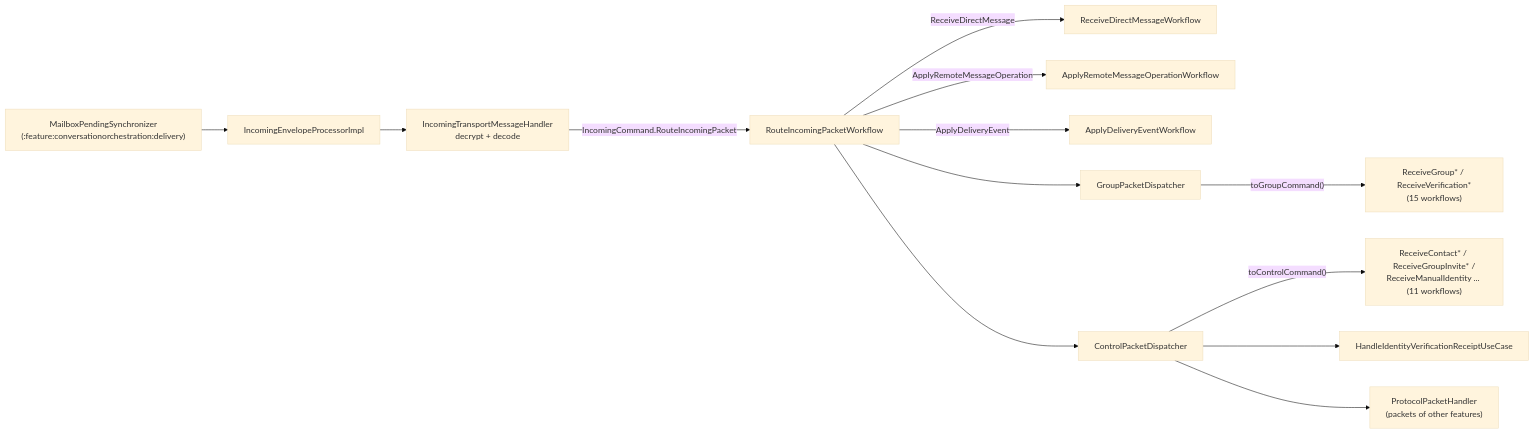
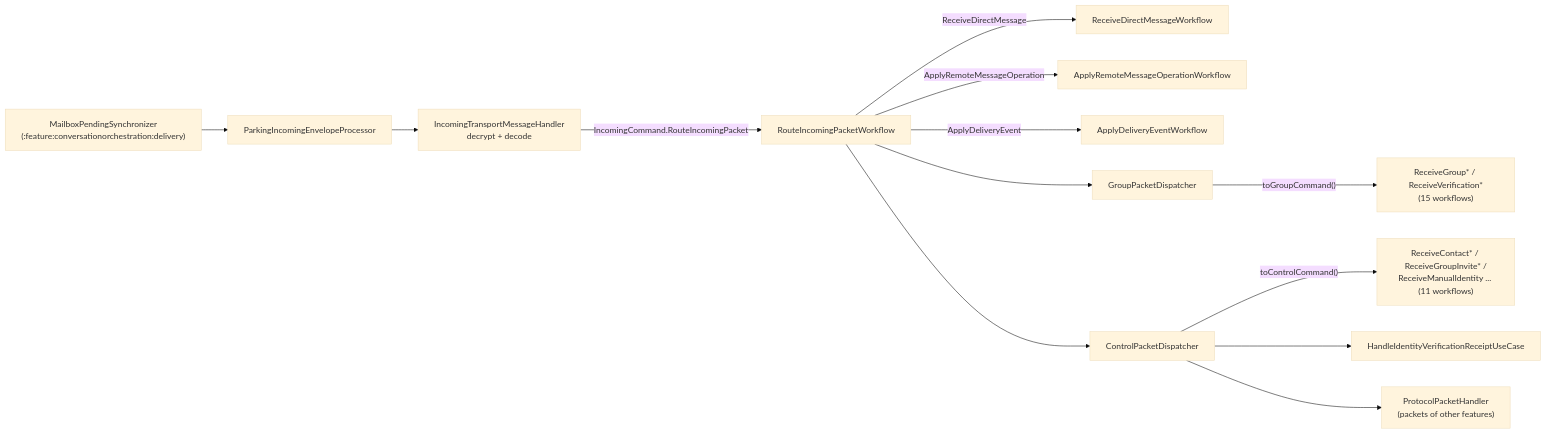
Before and after one commit to cbgm/Sparrow: the sixth of 6 diagrams in docs/architecture/conversation-orchestration.md, drawn with Mermaid (base theme). The commit also changed other lines of this file and 250 other files, not shown here.

````diff
--- a/docs/architecture/conversation-orchestration.md
+++ b/docs/architecture/conversation-orchestration.md
@@ -370,15 +365,15 @@
 ```mermaid
 flowchart LR
-    RUN["MailboxPendingSynchronizer<br/>(:feature:conversationorchestration:delivery)"] --> PROC[IncomingEnvelopeProcessorImpl]
+    RUN["MailboxPendingSynchronizer<br/>(:feature:conversationorchestration:delivery)"] --> PROC[ParkingIncomingEnvelopeProcessor]
     PROC --> HANDLER["IncomingTransportMessageHandler<br/>decrypt + decode"]
     HANDLER -->|"IncomingCommand.RouteIncomingPacket"| ROUTE[RouteIncomingPacketWorkflow]
     ROUTE -->|ReceiveDirectMessage| DIRECT[ReceiveDirectMessageWorkflow]
     ROUTE -->|ApplyRemoteMessageOperation| OP[ApplyRemoteMessageOperationWorkflow]
     ROUTE -->|ApplyDeliveryEvent| RECEIPT[ApplyDeliveryEventWorkflow]
     ROUTE --> GROUP[GroupPacketDispatcher]
     ROUTE --> CONTROL[ControlPacketDispatcher]
     GROUP -->|"toGroupCommand()"| GW["ReceiveGroup* / ReceiveVerification*<br/>(15 workflows)"]
     CONTROL -->|"toControlCommand()"| CW["ReceiveContact* / ReceiveGroupInvite* /<br/>ReceiveManualIdentity ... (11 workflows)"]
     CONTROL --> RECEIPTS["HandleIdentityVerificationReceiptUseCase"]
     CONTROL --> OTHER["ProtocolPacketHandler<br/>(packets of other features)"]
 ```
````
